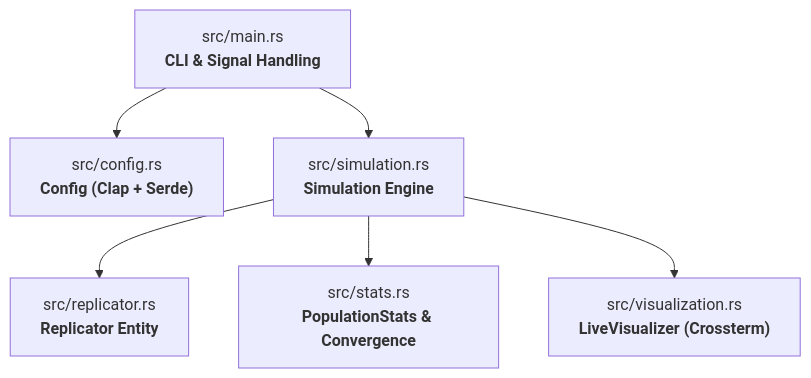
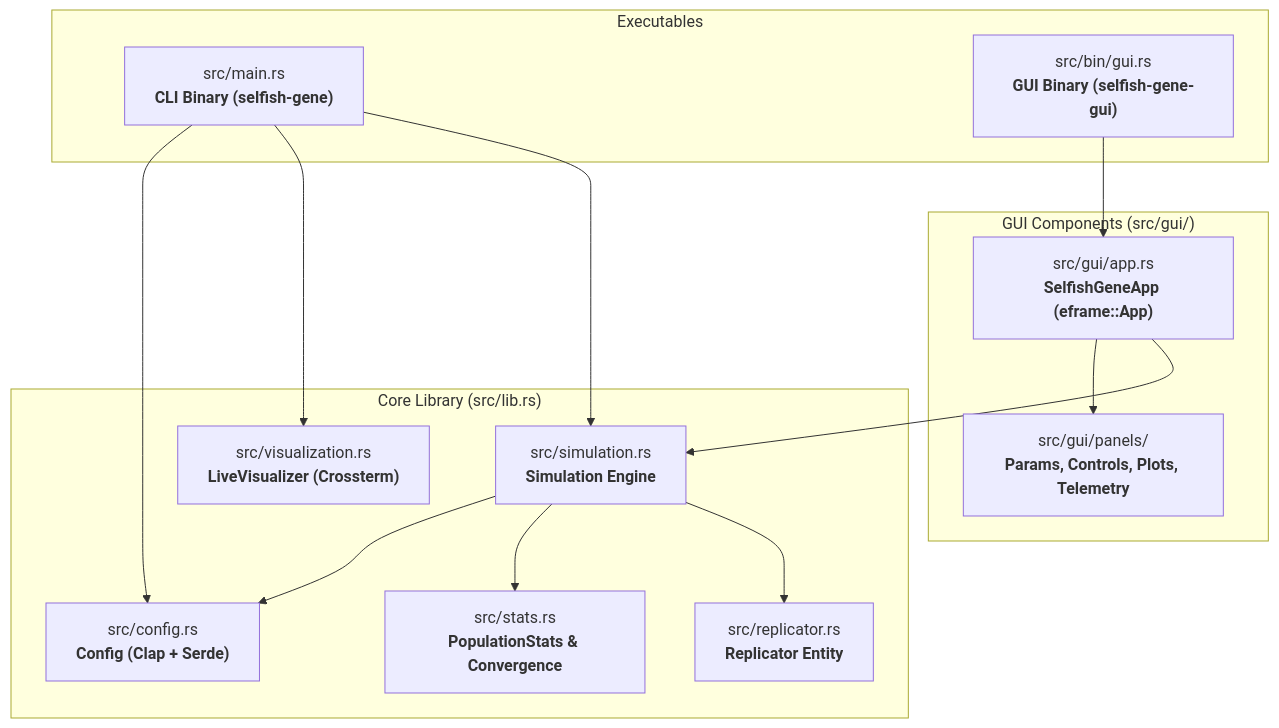
The first of 2 diagrams in docs/architecture.md (vikman90/selfish-gene), drawn with Mermaid before and after one commit. The commit also changed other lines of this file and 4 other files, not shown here.

First line of the commit message:
docs: document GUI architecture, controls, and usage across all manuals

````diff
--- a/docs/architecture.md
+++ b/docs/architecture.md
@@ -9,8 +9,30 @@
 ```mermaid
 graph TD
-    Main["src/main.rs<br><b>CLI & Signal Handling</b>"] --> Config["src/config.rs<br><b>Config (Clap + Serde)</b>"]
-    Main --> Sim["src/simulation.rs<br><b>Simulation Engine</b>"]
-    Sim --> Rep["src/replicator.rs<br><b>Replicator Entity</b>"]
-    Sim --> Stats["src/stats.rs<br><b>PopulationStats & Convergence</b>"]
-    Sim --> Vis["src/visualization.rs<br><b>LiveVisualizer (Crossterm)</b>"]
+    subgraph Core ["Core Library (src/lib.rs)"]
+        Config["src/config.rs<br><b>Config (Clap + Serde)</b>"]
+        Sim["src/simulation.rs<br><b>Simulation Engine</b>"]
+        Rep["src/replicator.rs<br><b>Replicator Entity</b>"]
+        Stats["src/stats.rs<br><b>PopulationStats & Convergence</b>"]
+        Vis["src/visualization.rs<br><b>LiveVisualizer (Crossterm)</b>"]
+    end
+
+    subgraph Binaries ["Executables"]
+        CLI["src/main.rs<br><b>CLI Binary (selfish-gene)</b>"]
+        GUI["src/bin/gui.rs<br><b>GUI Binary (selfish-gene-gui)</b>"]
+    end
+
+    subgraph GUIModules ["GUI Components (src/gui/)"]
+        App["src/gui/app.rs<br><b>SelfishGeneApp (eframe::App)</b>"]
+        Panels["src/gui/panels/<br><b>Params, Controls, Plots, Telemetry</b>"]
+    end
+
+    CLI --> Sim
+    CLI --> Vis
+    CLI --> Config
+    GUI --> App
+    App --> Sim
+    App --> Panels
+    Sim --> Rep
+    Sim --> Stats
+    Sim --> Config
 ```
````
